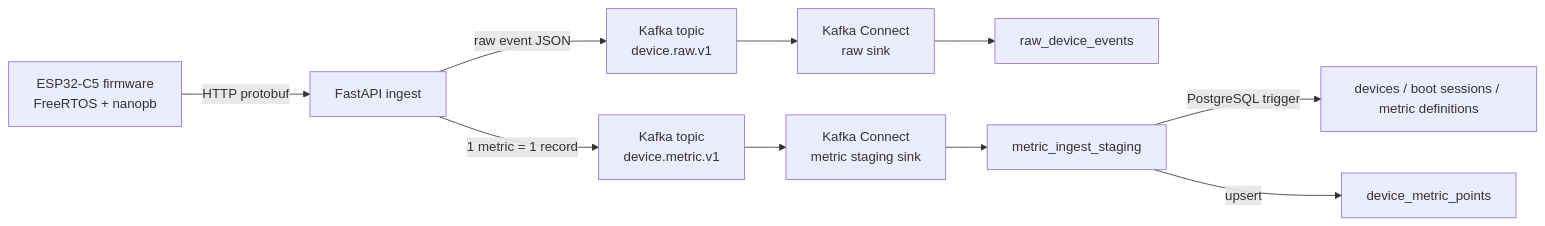
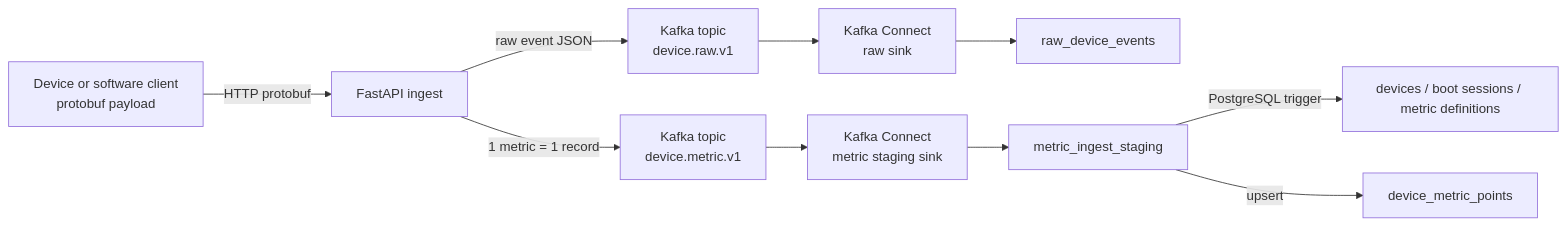
One commit to donghoonpark/aetus changed the first of 2 diagrams in README.md. Above: the diagram before and after it, drawn with Mermaid. The commit also changed other lines of this file, not shown here.

Commit message:
Broaden README positioning beyond ESP32-C5

````diff
--- a/README.md
+++ b/README.md
@@ -53,12 +53,12 @@
 ```mermaid
 flowchart LR
-    Device["ESP32-C5 firmware<br/>FreeRTOS + nanopb"] -->|"HTTP protobuf"| API["FastAPI ingest"]
+    Client["Device or software client<br/>protobuf payload"] -->|"HTTP protobuf"| API["FastAPI ingest"]
     API -->|"raw event JSON"| RawTopic["Kafka topic<br/>device.raw.v1"]
     API -->|"1 metric = 1 record"| MetricTopic["Kafka topic<br/>device.metric.v1"]
     RawTopic --> RawSink["Kafka Connect<br/>raw sink"]
     MetricTopic --> MetricSink["Kafka Connect<br/>metric staging sink"]
     RawSink --> RawTable["raw_device_events"]
     MetricSink --> Staging["metric_ingest_staging"]
     Staging -->|"PostgreSQL trigger"| Dims["devices / boot sessions / metric definitions"]
     Staging -->|"upsert"| Points["device_metric_points"]
 ```
````
